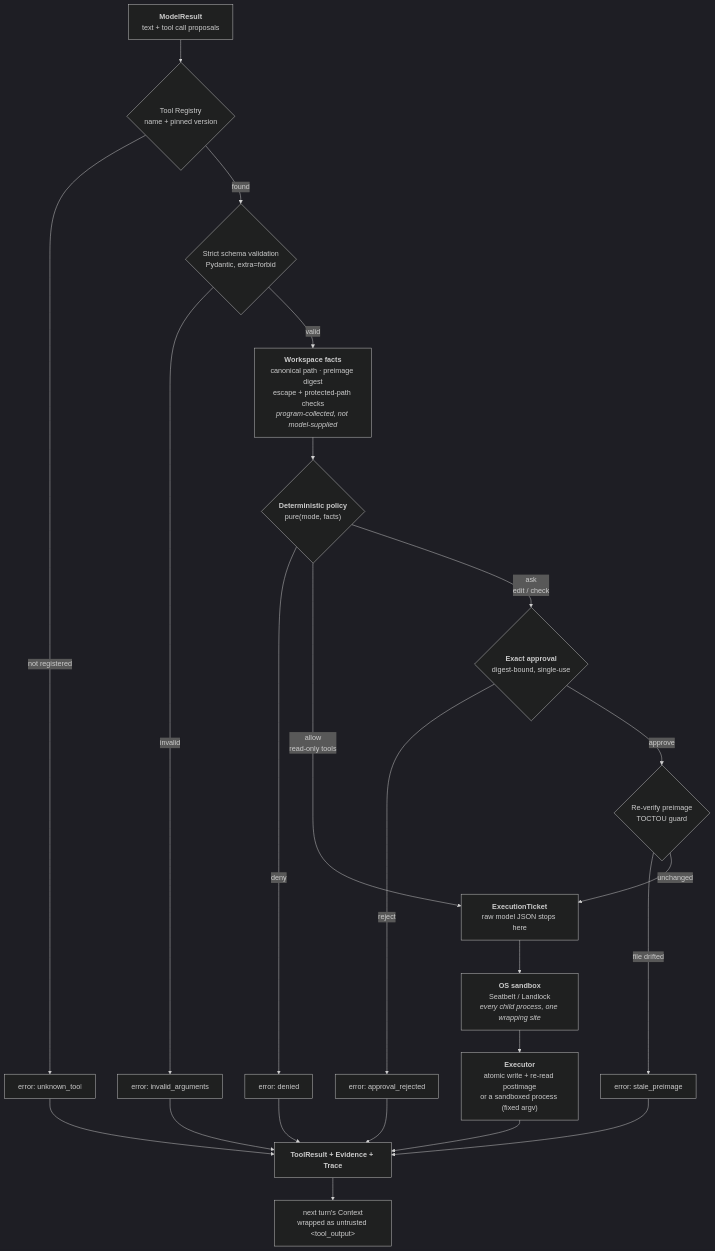
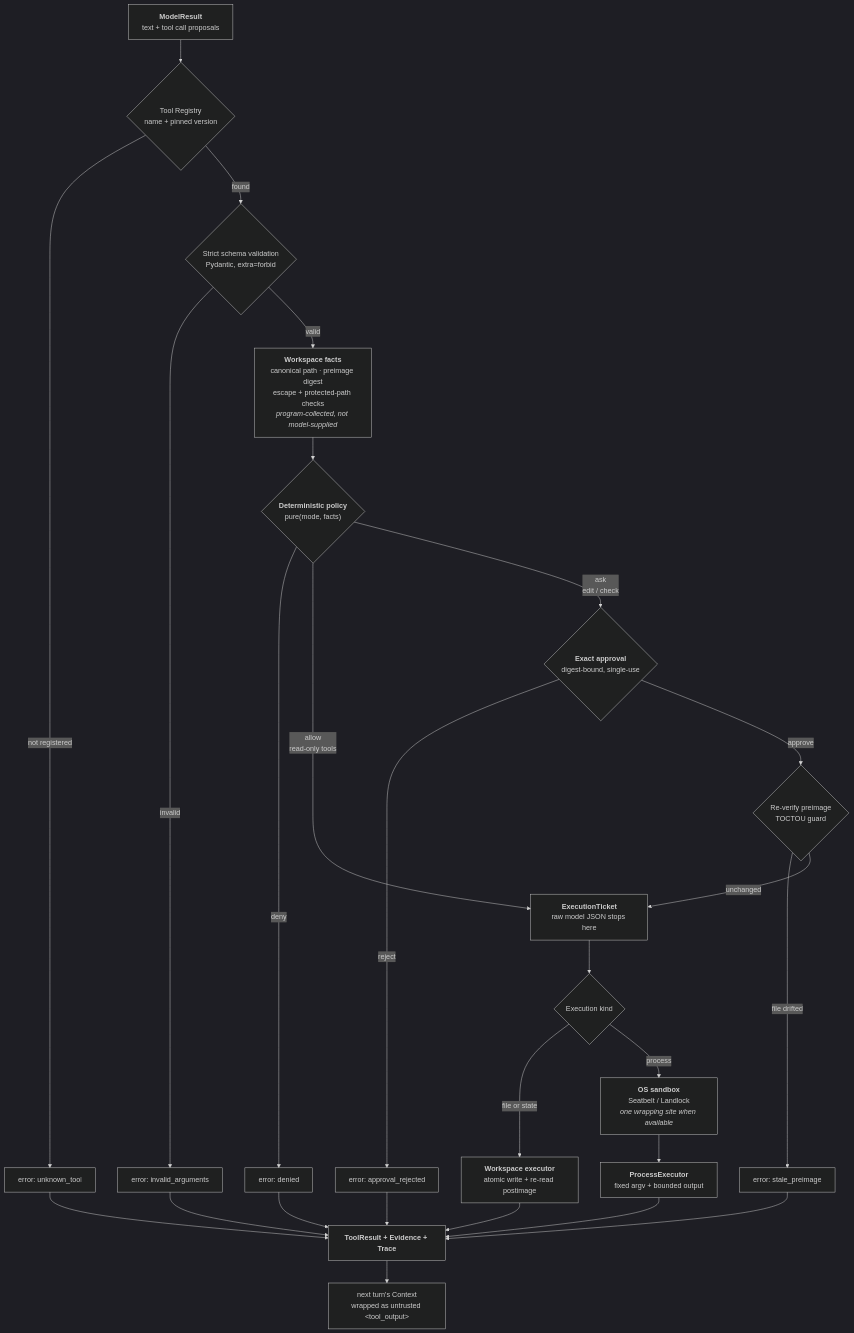
One commit to dyxnb22/Haven changed the second of 3 diagrams in docs/ARCHITECTURE.md. Above: the diagram before and after it, drawn with Mermaid (dark theme). The commit also changed other lines of this file and 35 other files, not shown here.

````diff
--- a/docs/ARCHITECTURE.md
+++ b/docs/ARCHITECTURE.md
@@ -169,25 +169,28 @@
 ```mermaid
 flowchart TD
     M["<b>ModelResult</b><br/>text + tool call proposals"] --> REG{"Tool Registry<br/>name + pinned version"}
     REG -->|not registered| E1["error: unknown_tool"]
     REG -->|found| SCH{"Strict schema validation<br/>Pydantic, extra=forbid"}
     SCH -->|invalid| E2["error: invalid_arguments"]
     SCH -->|valid| FACTS["<b>Workspace facts</b><br/>canonical path · preimage digest<br/>escape + protected-path checks<br/><i>program-collected, not model-supplied</i>"]
     FACTS --> POL{"<b>Deterministic policy</b><br/>pure(mode, facts)"}
     POL -->|deny| E3["error: denied"]
     POL -->|allow<br/>read-only tools| TICKET
     POL -->|ask<br/>edit / check| APR{"<b>Exact approval</b><br/>digest-bound, single-use"}
     APR -->|reject| E4["error: approval_rejected"]
     APR -->|approve| TOC{"Re-verify preimage<br/>TOCTOU guard"}
     TOC -->|file drifted| E5["error: stale_preimage"]
     TOC -->|unchanged| TICKET["<b>ExecutionTicket</b><br/>raw model JSON stops here"]
-    TICKET --> SBX["<b>OS sandbox</b><br/>Seatbelt / Landlock<br/><i>every child process, one wrapping site</i>"]
-    SBX --> EXE["<b>Executor</b><br/>atomic write + re-read postimage<br/>or a sandboxed process (fixed argv)"]
-    EXE --> OUT["<b>ToolResult + Evidence + Trace</b>"]
+    TICKET --> KIND{"Execution kind"}
+    KIND -->|file or state| FS["<b>Workspace executor</b><br/>atomic write + re-read postimage"]
+    KIND -->|process| SBX["<b>OS sandbox</b><br/>Seatbelt / Landlock<br/><i>one wrapping site when available</i>"]
+    SBX --> PROC["<b>ProcessExecutor</b><br/>fixed argv + bounded output"]
+    FS --> OUT["<b>ToolResult + Evidence + Trace</b>"]
+    PROC --> OUT
     E1 --> OUT
     E2 --> OUT
     E3 --> OUT
     E4 --> OUT
     E5 --> OUT
     OUT --> CTX["next turn's Context<br/>wrapped as untrusted &lt;tool_output&gt;"]
 ```
````
